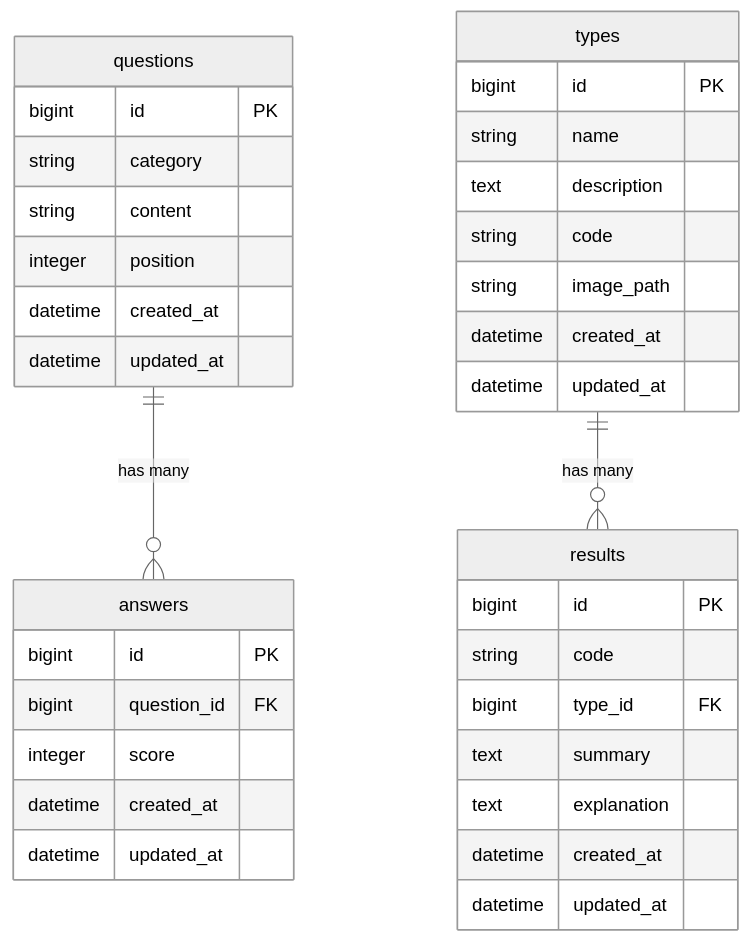
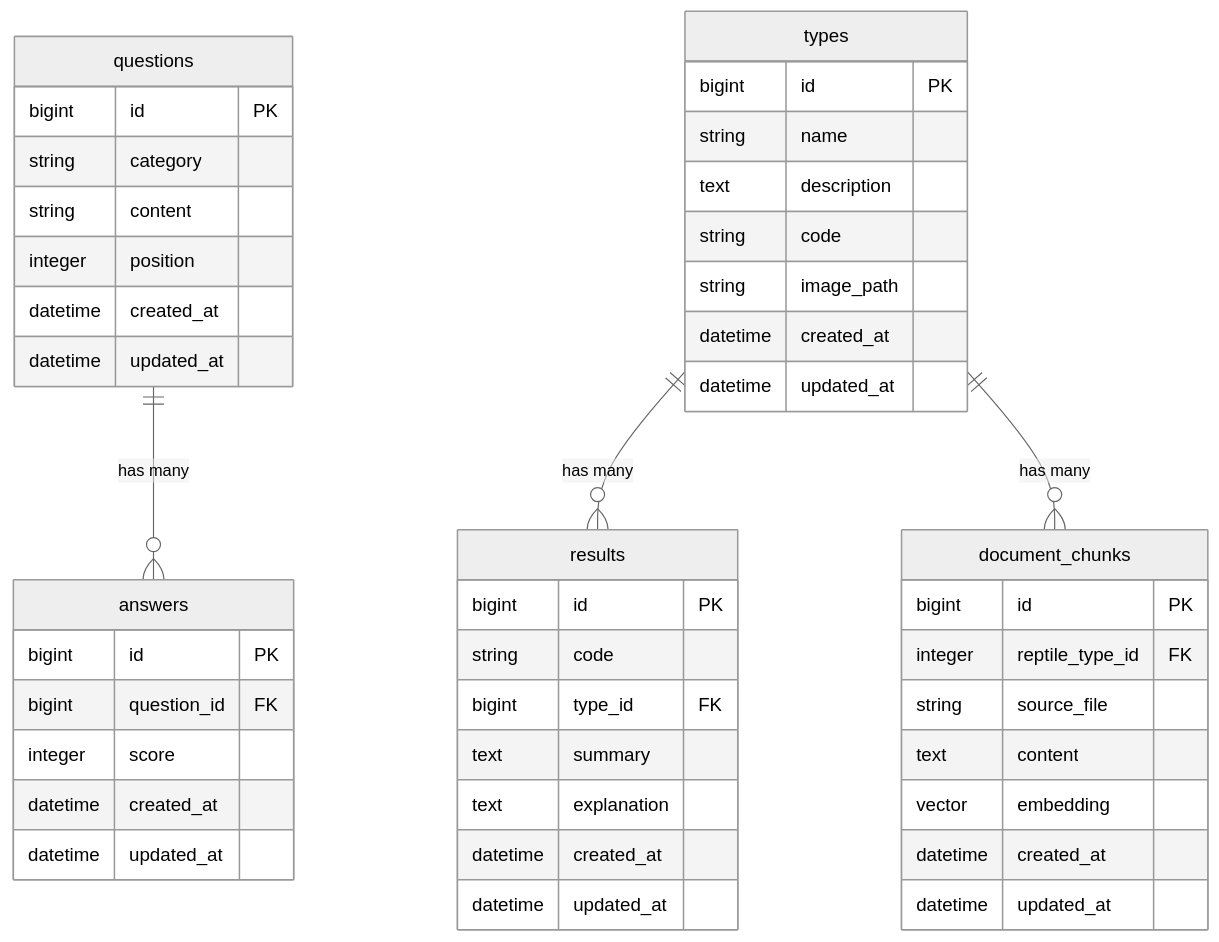
Before and after one commit to katapyooon/reptype: the second of 2 diagrams in README.md, drawn with Mermaid (neutral theme). The commit also changed other lines of this file, not shown here.

First line of the commit message:
docs: README の reptype-chat 構成と E-R 図を pgvector 移行後の内容に更新

````diff
--- a/README.md
+++ b/README.md
@@ -44,42 +53,53 @@
 ```mermaid
 erDiagram
     questions {
         bigint id PK
         string category
         string content
         integer position
         datetime created_at
         datetime updated_at
     }
 
     answers {
         bigint id PK
         bigint question_id FK
         integer score
         datetime created_at
         datetime updated_at
     }
 
     types {
         bigint id PK
         string name
         text description
         string code
         string image_path
         datetime created_at
         datetime updated_at
     }
 
     results {
         bigint id PK
         string code
         bigint type_id FK
         text summary
         text explanation
         datetime created_at
         datetime updated_at
     }
 
+    document_chunks {
+        bigint id PK
+        integer reptile_type_id FK
+        string source_file
+        text content
+        vector embedding
+        datetime created_at
+        datetime updated_at
+    }
+
     questions ||--o{ answers : "has many"
     types ||--o{ results : "has many"
+    types ||--o{ document_chunks : "has many"
 ```
````
